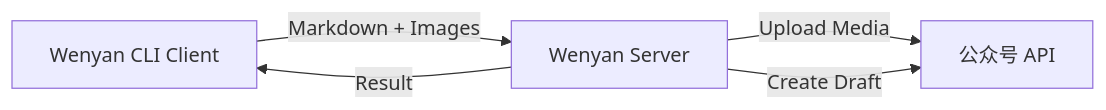
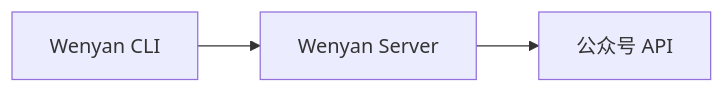
Before and after one commit to caol64/wenyan-cli: the second of 2 diagrams in README.md, drawn with Mermaid. The commit also changed other lines of this file and 13 other files, not shown here.

````diff
--- a/README.md
+++ b/README.md
@@ -73,12 +143,4 @@
 ```mermaid
 flowchart LR
-
-    Client[Wenyan CLI Client]
-    Server[Wenyan Server]
-    Wechat[公众号 API]
-
-    Client -->|Markdown + Images| Server
-    Server -->|Upload Media| Wechat
-    Server -->|Create Draft| Wechat
-    Server -->|Result| Client
+    CLI[Wenyan CLI] --> Server[Wenyan Server] --> Wechat[公众号 API]
 ```
````
